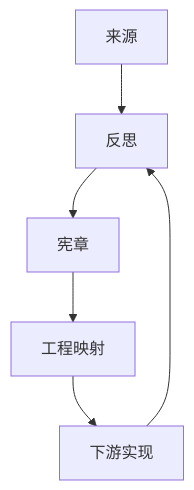
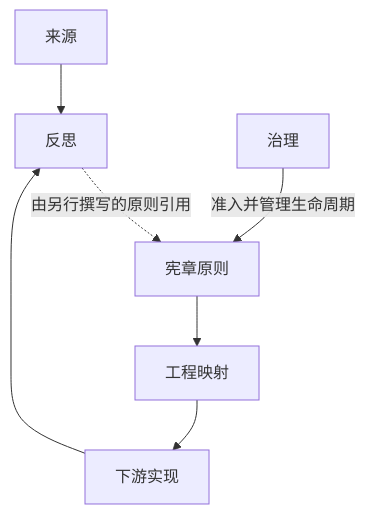
One commit to tao3k/philosophy changed the diagram in cn/README.org. Above: the diagram before and after it, drawn with Mermaid. The commit also changed other lines of this file and 16 other files, not shown here.

```diff
--- a/cn/README.org
+++ b/cn/README.org
@@ -133,8 +133,9 @@
 #+begin_src mermaid :exports results :file philosophy-cn-flow.svg
 flowchart TD
   S[来源] --> R[反思]
-  R --> C[宪章]
-  C --> E[工程映射]
+  R -.由另行撰写的原则引用.-> P[宪章原则]
+  G[治理] -->|准入并管理生命周期| P
+  P --> E[工程映射]
   E --> D[下游实现]
   D --> R
 #+end_src
```
